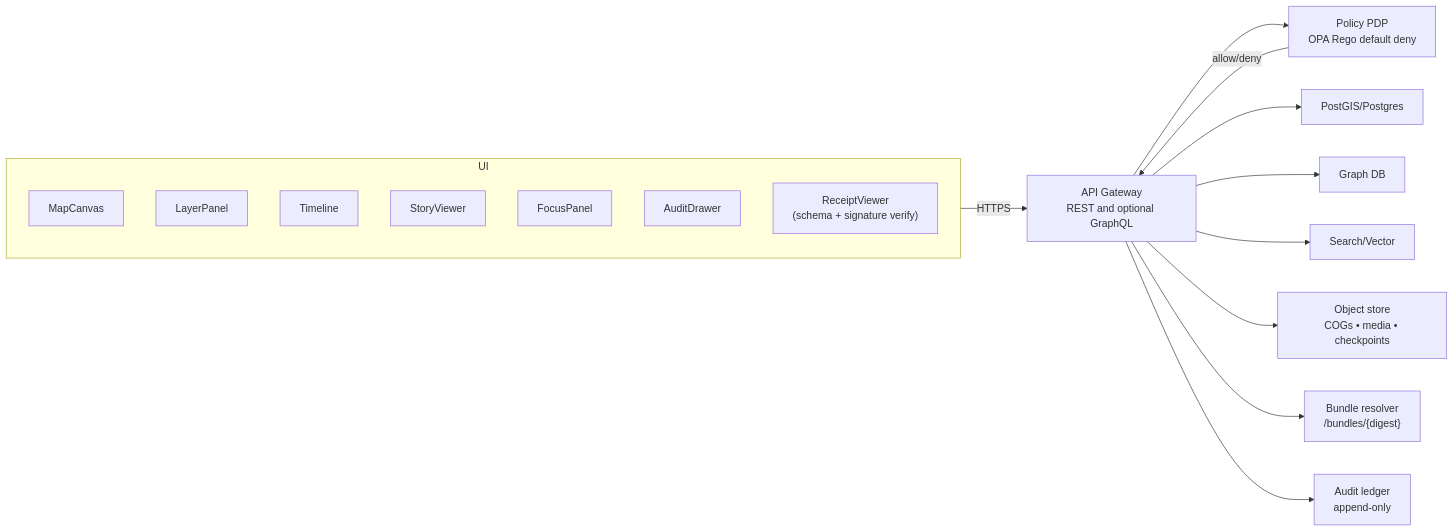
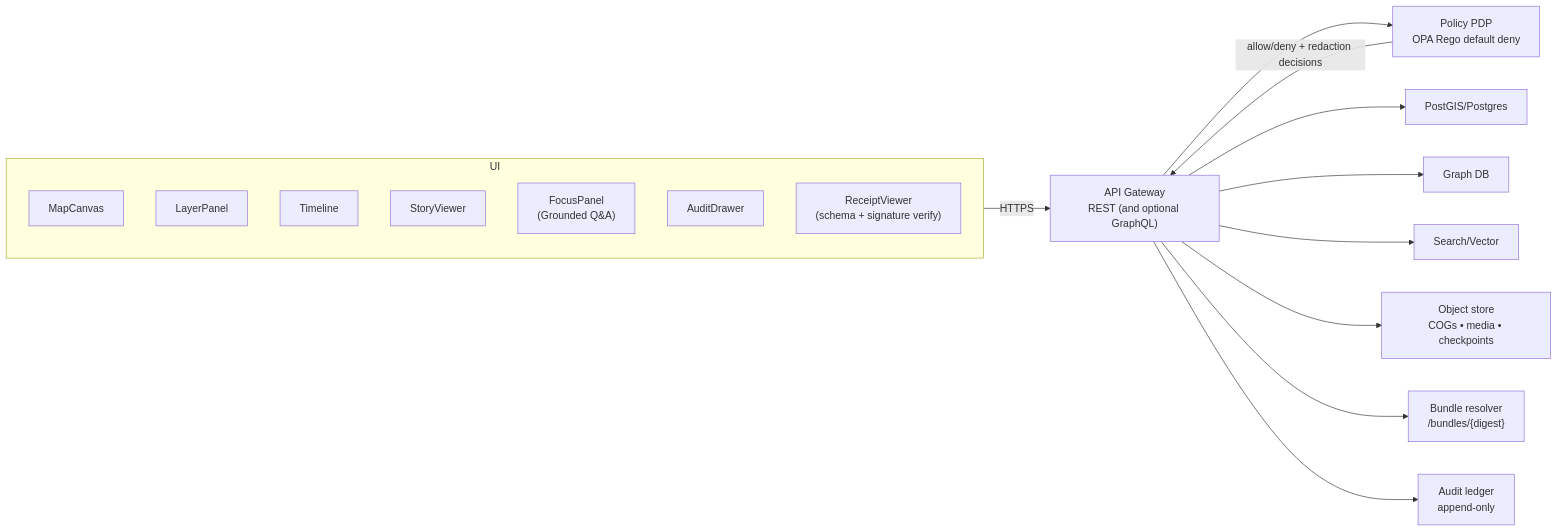
Before and after one commit to bartytime4life/Kansas-Frontier-Matrix: the second of 5 diagrams in README.md, drawn with Mermaid. The commit also changed other lines of this file, not shown here.

````diff
--- a/README.md
+++ b/README.md
@@ -274,24 +306,24 @@
 ```mermaid
 flowchart LR
   subgraph UI
     direction TB
     MapCanvas["MapCanvas"]
     LayerPanel["LayerPanel"]
     Timeline["Timeline"]
     StoryViewer["StoryViewer"]
-    FocusPanel["FocusPanel"]
+    FocusPanel["FocusPanel<br/>(Grounded Q&A)"]
     AuditDrawer["AuditDrawer"]
     ReceiptViewer["ReceiptViewer<br/>(schema + signature verify)"]
   end
 
-  UI -->|"HTTPS"| GW["API Gateway<br/>REST and optional GraphQL"]
+  UI -->|"HTTPS"| GW["API Gateway<br/>REST (and optional GraphQL)"]
   GW --> PDP["Policy PDP<br/>OPA Rego default deny"]
-  PDP -->|"allow/deny"| GW
+  PDP -->|"allow/deny + redaction decisions"| GW
 
   GW --> PG["PostGIS/Postgres"]
   GW --> KG["Graph DB"]
   GW --> SV["Search/Vector"]
   GW --> OBJ["Object store<br/>COGs • media • checkpoints"]
   GW --> BR["Bundle resolver<br/>/bundles/{digest}"]
   GW --> AL["Audit ledger<br/>append-only"]
 ```
````
